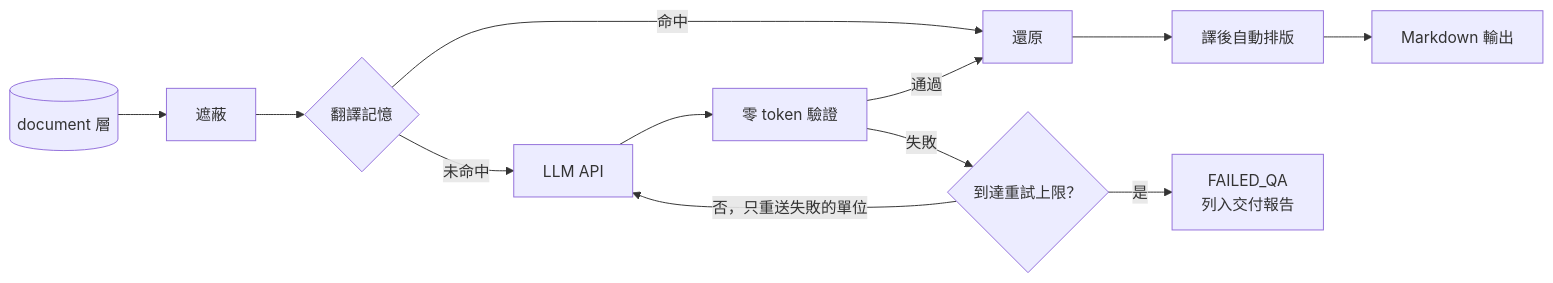
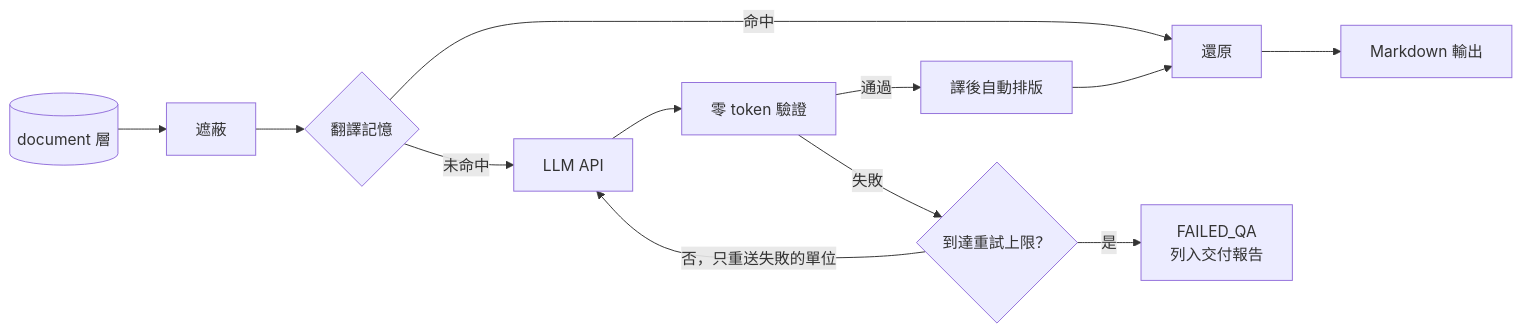
The third of 5 diagrams in docs/WHITEPAPER.md (tome-trpg/tome), drawn with Mermaid before and after one commit. The commit also changed other lines of this file and 8 other files, not shown here.

````diff
--- a/docs/WHITEPAPER.md
+++ b/docs/WHITEPAPER.md
@@ -406,14 +434,14 @@
 ```mermaid
 flowchart LR
     DOC[(document 層)] --> MASK[遮蔽]
     MASK --> TM{翻譯記憶}
     TM -- "命中" --> UNMASK[還原]
     TM -- "未命中" --> LLM[LLM API]
     LLM --> VERIFY[零 token 驗證]
-    VERIFY -- "通過" --> UNMASK
+    VERIFY -- "通過" --> FORMAT[譯後自動排版]
+    FORMAT --> UNMASK
     VERIFY -- "失敗" --> RETRY{到達重試上限？}
     RETRY -- "否，只重送失敗的單位" --> LLM
     RETRY -- "是" --> FAILED[FAILED_QA<br/>列入交付報告]
-    UNMASK --> FORMAT[譯後自動排版]
-    FORMAT --> OUT[Markdown 輸出]
+    UNMASK --> OUT[Markdown 輸出]
 ```
````
